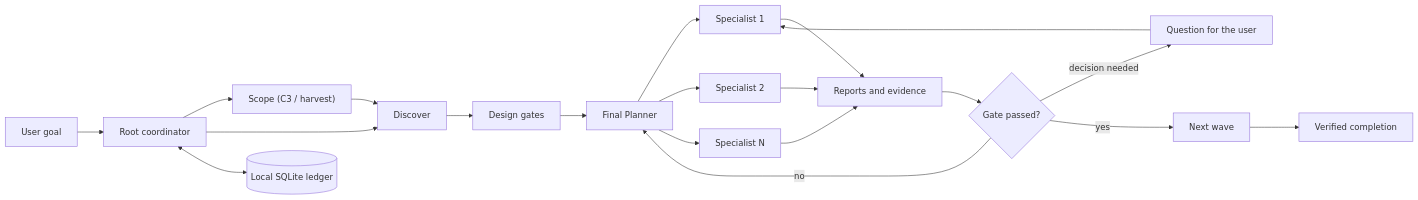
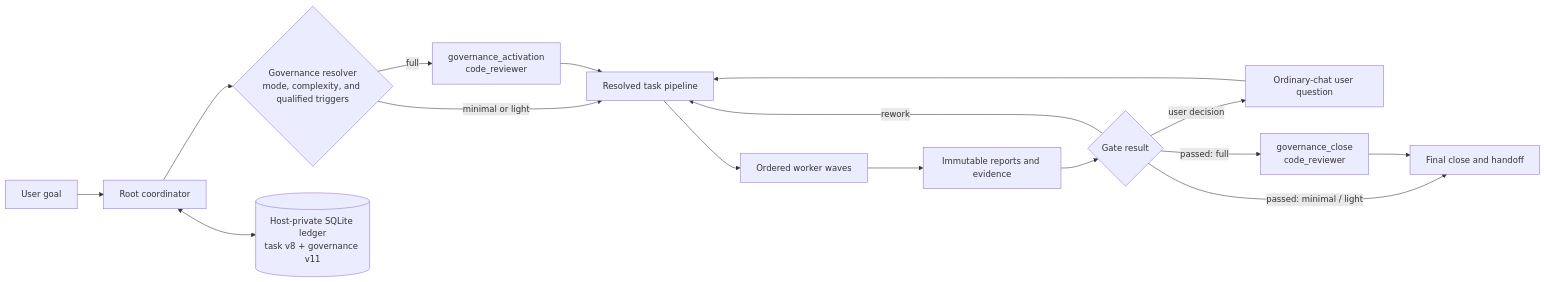
One commit to igovet/codex-cortex-orchestrator changed the diagram in README.md. Above: the diagram before and after it, drawn with Mermaid. The commit also changed other lines of this file and 46 other files, not shown here.

````diff
--- a/README.md
+++ b/README.md
@@ -583,22 +583,21 @@
 ```mermaid
 flowchart LR
     U["User goal"] --> R["Root coordinator"]
-    R --> S["Scope (C3 / harvest)"]
-    S --> D["Discover"]
-    R --> D
-    D --> A["Design gates"]
-    A --> P["Final Planner"]
-    P --> W1["Specialist 1"]
-    P --> W2["Specialist 2"]
-    P --> W3["Specialist N"]
-    W1 --> B["Reports and evidence"]
-    W2 --> B
-    W3 --> B
-    B --> G{"Gate passed?"}
-    G -- "no" --> P
-    G -- "decision needed" --> Q["Question for the user"]
-    Q --> W1
-    G -- "yes" --> N["Next wave"]
-    N --> C["Verified completion"]
-    R <--> L[("Local SQLite ledger")]
+    R --> M{"Governance resolver<br/>mode, complexity, and qualified triggers"}
+
+    M -- "minimal or light" --> P["Resolved task pipeline"]
+    M -- "full" --> GA["governance_activation<br/>code_reviewer"]
+    GA --> P
+
+    P --> W["Ordered worker waves"]
+    W --> B["Immutable reports and evidence"]
+    B --> G{"Gate result"}
+    G -- "rework" --> P
+    G -- "user decision" --> Q["Ordinary-chat user question"]
+    Q --> P
+    G -- "passed: minimal / light" --> C["Final close and handoff"]
+    G -- "passed: full" --> GC["governance_close<br/>code_reviewer"]
+    GC --> C
+
+    R <--> L[("Host-private SQLite ledger<br/>task v8 + governance v11")]
 ```
````
